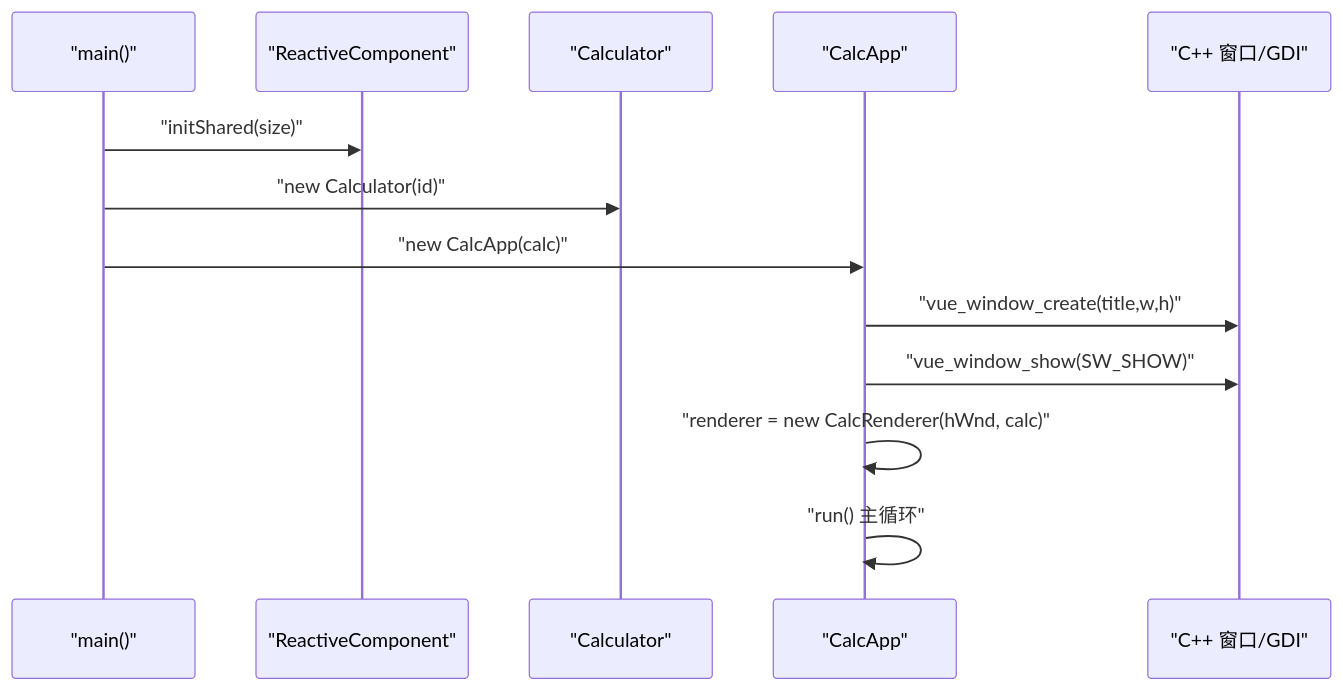
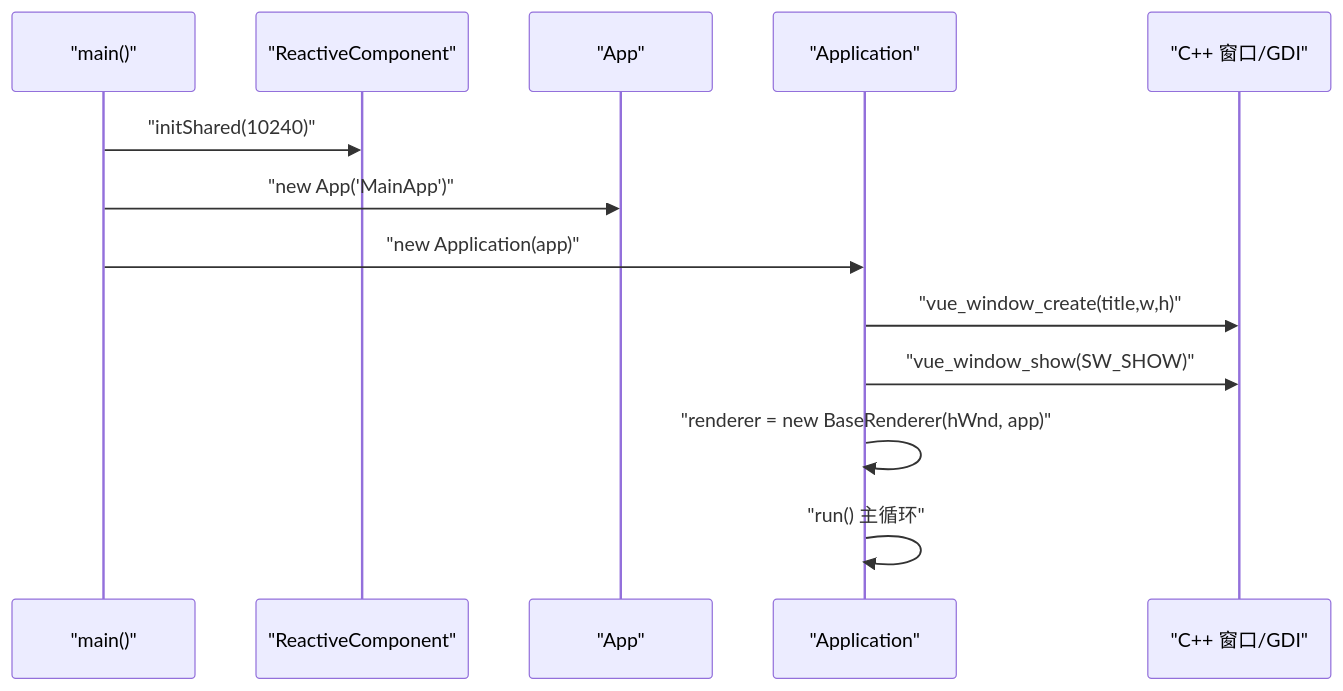
Before and after one commit to xingye00186/PHP-Data-UI-Framework-powered-by-swooleAOT: the sixth of 7 diagrams in .qoder/repowiki/zh/content/应用程序生命周期/应用程序生命周期.md, drawn with Mermaid. The commit also changed other lines of this file and 7 other files, not shown here.

````diff
--- a/.qoder/repowiki/zh/content/应用程序生命周期/应用程序生命周期.md
+++ b/.qoder/repowiki/zh/content/应用程序生命周期/应用程序生命周期.md
@@ -247,15 +252,15 @@
 ```mermaid
 sequenceDiagram
 participant Main as "main()"
 participant RC as "ReactiveComponent"
-participant Calc as "Calculator"
-participant App as "CalcApp"
+participant App as "App"
+participant Controller as "Application"
 participant Cpp as "C++ 窗口/GDI"
-Main->>RC : "initShared(size)"
-Main->>Calc : "new Calculator(id)"
-Main->>App : "new CalcApp(calc)"
-App->>Cpp : "vue_window_create(title,w,h)"
-App->>Cpp : "vue_window_show(SW_SHOW)"
-App->>App : "renderer = new CalcRenderer(hWnd, calc)"
-App->>App : "run() 主循环"
+Main->>RC : "initShared(10240)"
+Main->>App : "new App('MainApp')"
+Main->>Controller : "new Application(app)"
+Controller->>Cpp : "vue_window_create(title,w,h)"
+Controller->>Cpp : "vue_window_show(SW_SHOW)"
+Controller->>Controller : "renderer = new BaseRenderer(hWnd, app)"
+Controller->>Controller : "run() 主循环"
 ```
````
